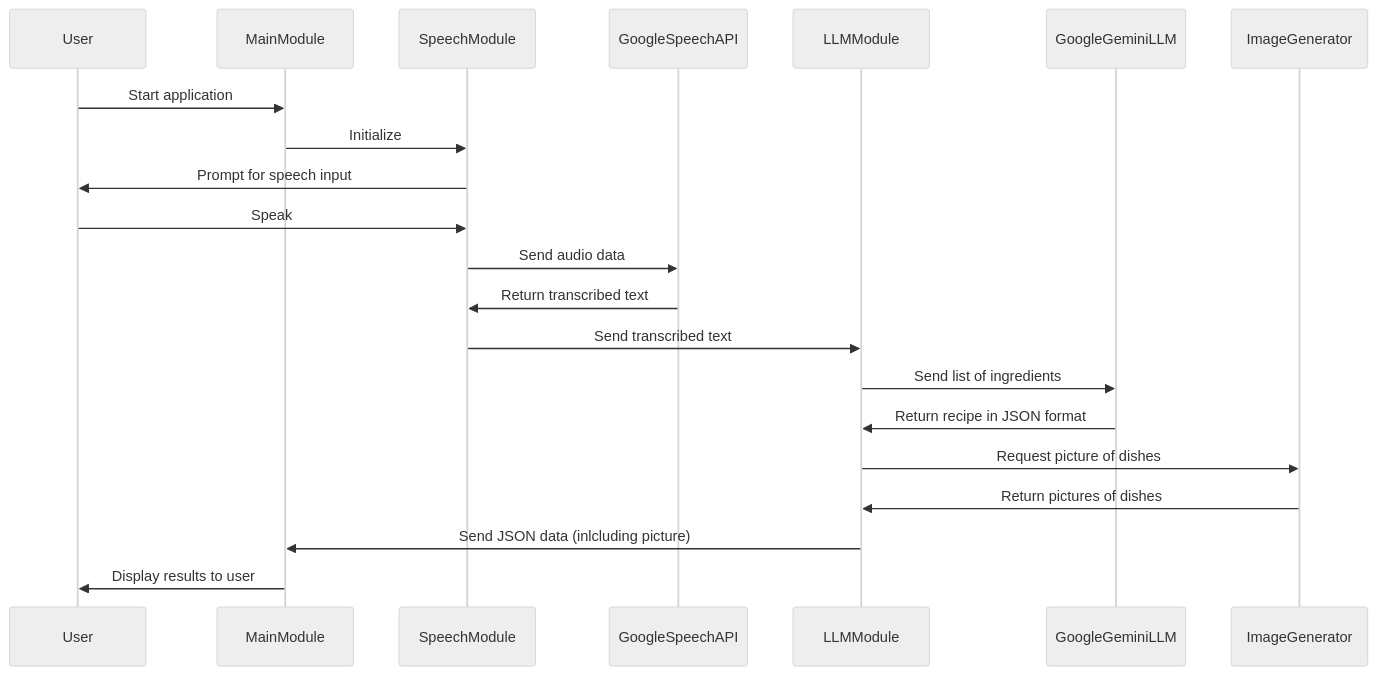
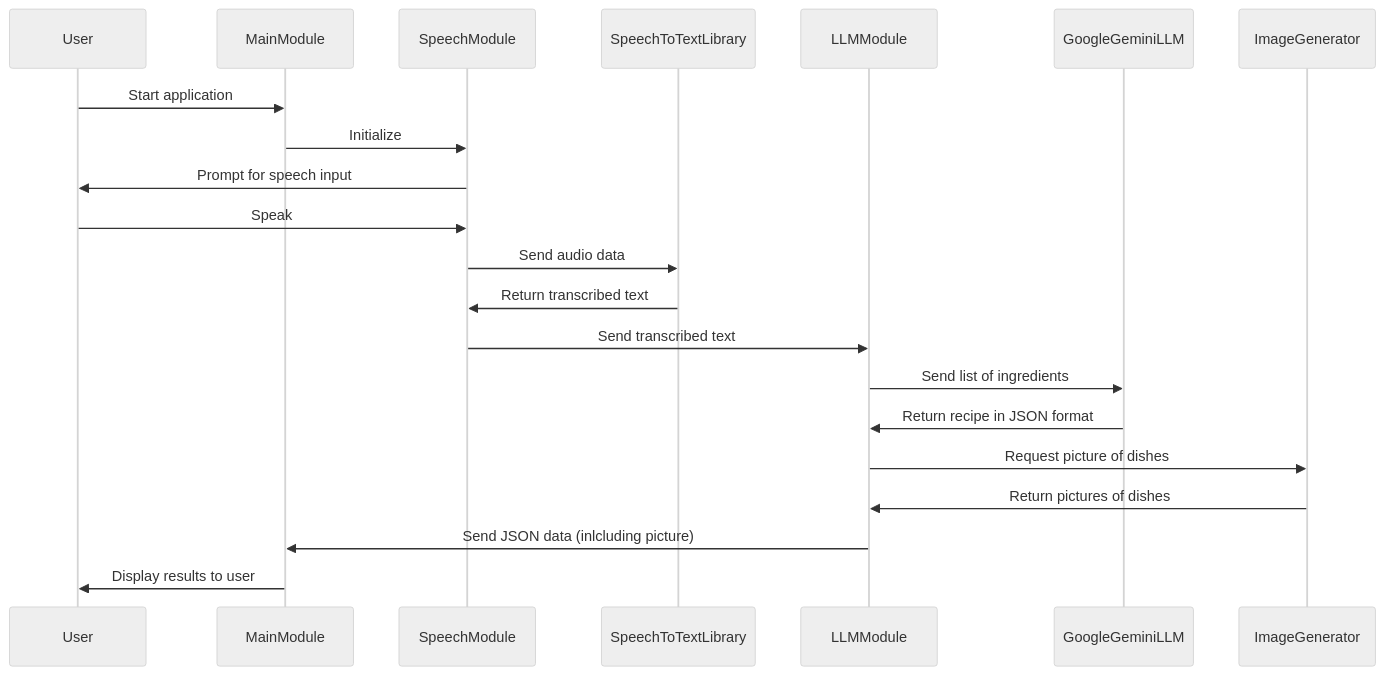
The diagram in README.md (rschwaab/NTUPython), drawn with Mermaid (neutral theme) before and after one commit.

````diff
--- a/README.md
+++ b/README.md
@@ -66,24 +66,24 @@
 ```mermaid
 sequenceDiagram
     participant User
     participant MainModule
     participant SpeechModule
-    participant GoogleSpeechAPI
+    participant SpeechToTextLibrary
     participant LLMModule
     participant GoogleGeminiLLM
     participant ImageGenerator
 
     User ->> MainModule: Start application
     MainModule ->> SpeechModule: Initialize
     SpeechModule ->> User: Prompt for speech input
     User ->> SpeechModule: Speak
-    SpeechModule ->> GoogleSpeechAPI: Send audio data
-    GoogleSpeechAPI ->> SpeechModule: Return transcribed text
+    SpeechModule ->> SpeechToTextLibrary: Send audio data
+    SpeechToTextLibrary ->> SpeechModule: Return transcribed text
     SpeechModule ->> LLMModule: Send transcribed text
     LLMModule ->> GoogleGeminiLLM: Send list of ingredients
     GoogleGeminiLLM ->> LLMModule: Return recipe in JSON format
     LLMModule ->> ImageGenerator: Request picture of dishes
     ImageGenerator ->> LLMModule: Return pictures of dishes
     LLMModule ->> MainModule: Send JSON data (inlcluding picture)
     MainModule ->> User: Display results to user
 ```
````
